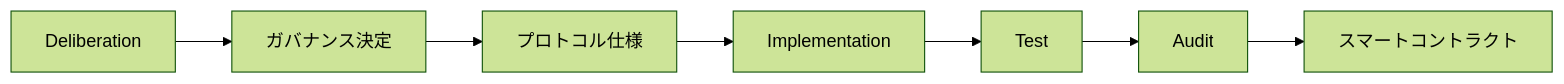
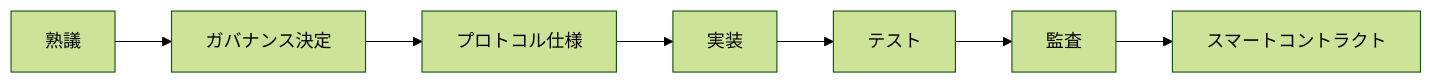
The eighth of 23 diagrams in docs/whitepaper/07-governance.md (ShigeichiroYamasaki/creator-first-platform), drawn with Mermaid (forest theme) before and after one commit. The commit also changed other lines of this file and 72 other files, not shown here.

````diff
--- a/docs/whitepaper/07-governance.md
+++ b/docs/whitepaper/07-governance.md
@@ -451,12 +451,12 @@
 ```mermaid
 flowchart LR
-    DELIB[Deliberation]
+    DELIB[熟議]
     DECISION[ガバナンス決定]
     SPEC[プロトコル仕様]
-    IMPLEMENT[Implementation]
-    TEST[Test]
-    AUDIT[Audit]
+    IMPLEMENT[実装]
+    TEST[テスト]
+    AUDIT[監査]
     CODE[スマートコントラクト]
 
     DELIB --> DECISION --> SPEC --> IMPLEMENT --> TEST --> AUDIT --> CODE
 ```
````
